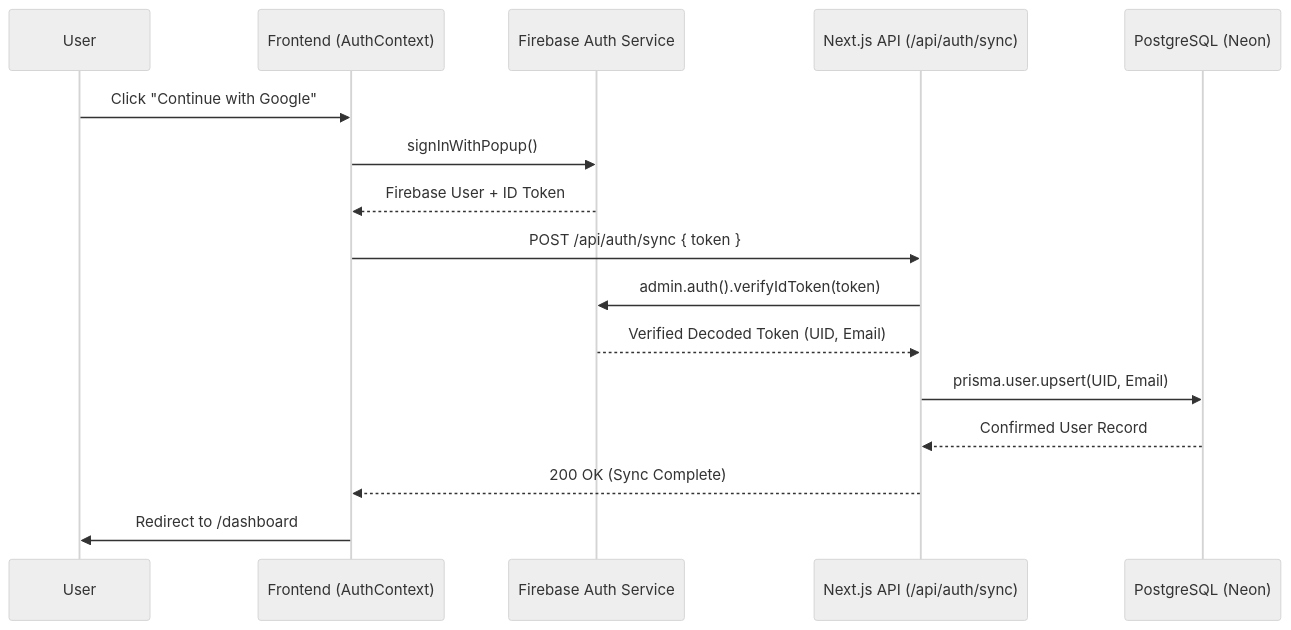
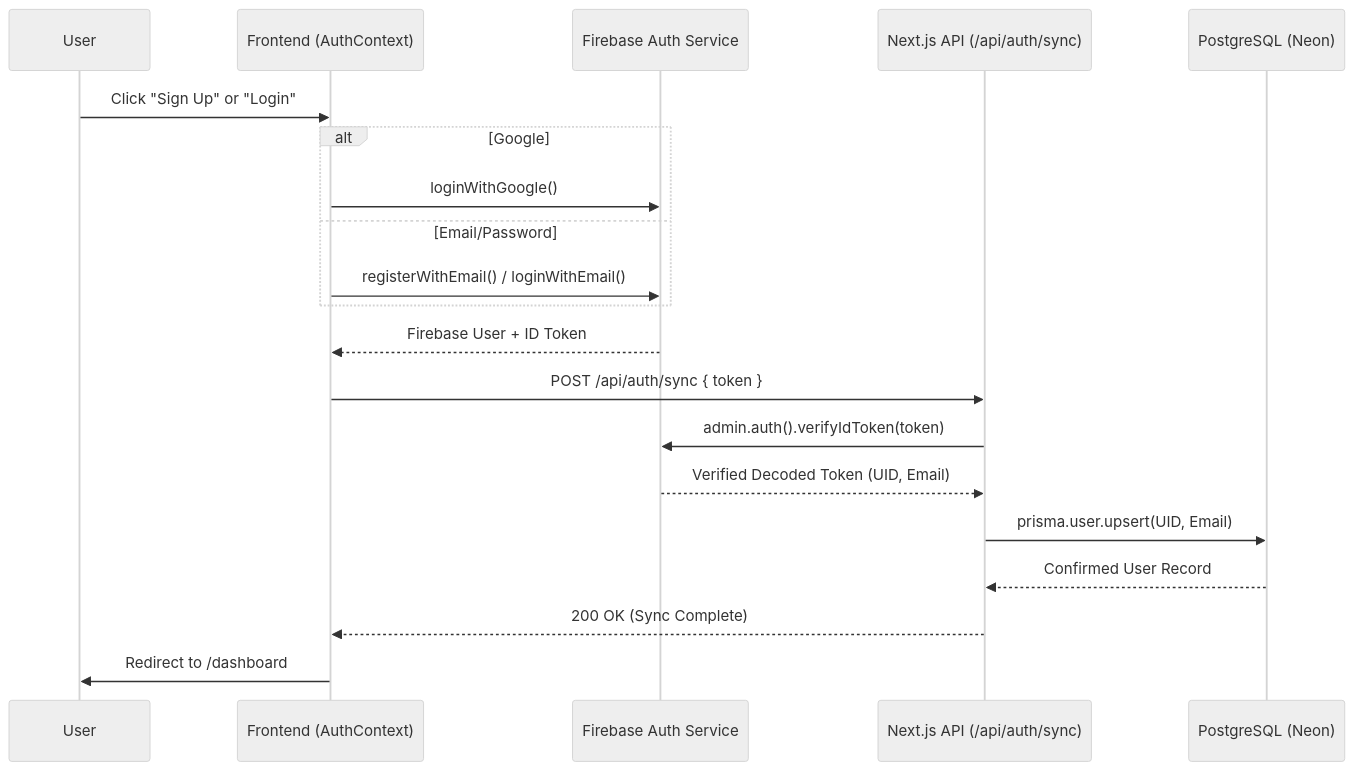
Before and after one commit to Elmarbouhe/psykho: the diagram in Docs/auth_guide.md, drawn with Mermaid (neutral theme). The commit also changed other lines of this file and 3 other files, not shown here.

Commit message:
Complete Email/Password Authentication: Service, Provider, UI, and Docs

````diff
--- a/Docs/auth_guide.md
+++ b/Docs/auth_guide.md
@@ -13,19 +13,23 @@
 ```mermaid
 sequenceDiagram
     participant User
     participant Client as Frontend (AuthContext)
     participant Firebase as Firebase Auth Service
     participant Backend as Next.js API (/api/auth/sync)
     participant DB as PostgreSQL (Neon)
 
-    User->>Client: Click "Continue with Google"
-    Client->>Firebase: signInWithPopup()
+    User->>Client: Click "Sign Up" or "Login"
+    alt Google
+        Client->>Firebase: loginWithGoogle()
+    else Email/Password
+        Client->>Firebase: registerWithEmail() / loginWithEmail()
+    end
     Firebase-->>Client: Firebase User + ID Token
     Client->>Backend: POST /api/auth/sync { token }
     Backend->>Firebase: admin.auth().verifyIdToken(token)
     Firebase-->>Backend: Verified Decoded Token (UID, Email)
     Backend->>DB: prisma.user.upsert(UID, Email)
     DB-->>Backend: Confirmed User Record
     Backend-->>Client: 200 OK (Sync Complete)
     Client->>User: Redirect to /dashboard
 ```
````
